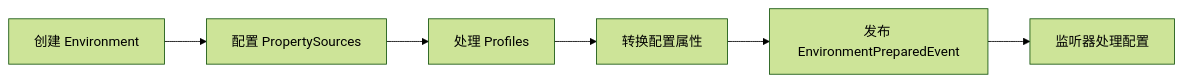
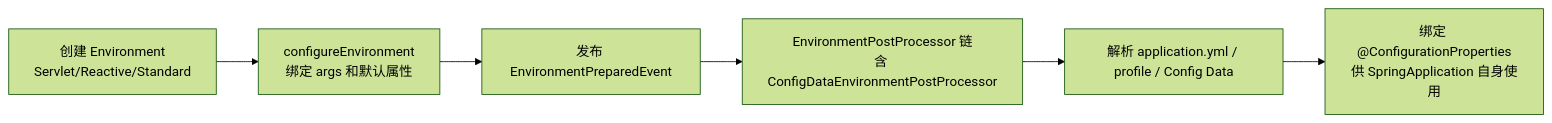
Before and after one commit to b1tzer/b1tzer.github.io: the second of 5 diagrams in docs/02-spring/01-核心基础/03-Spring容器启动流程深度解析.md, drawn with Mermaid (forest theme). The commit also changed other lines of this file and 2 other files, not shown here.

Commit message:
add more detail about spring

````diff
--- a/docs/02-spring/01-核心基础/03-Spring容器启动流程深度解析.md
+++ b/docs/02-spring/01-核心基础/03-Spring容器启动流程深度解析.md
@@ -116,8 +171,8 @@
 ```mermaid
 flowchart LR
-    A[创建 Environment] --> B[配置 PropertySources]
-    B --> C[处理 Profiles]
-    C --> D[转换配置属性]
-    D --> E[发布 EnvironmentPreparedEvent]
-    E --> F[监听器处理配置]
+    A[创建 Environment<br>Servlet/Reactive/Standard] --> B[configureEnvironment<br>绑定 args 和默认属性]
+    B --> C[发布 EnvironmentPreparedEvent]
+    C --> D[EnvironmentPostProcessor 链<br>含 ConfigDataEnvironmentPostProcessor]
+    D --> E[解析 application.yml / profile / Config Data]
+    E --> F[绑定 @ConfigurationProperties<br>供 SpringApplication 自身使用]
 ```
````
